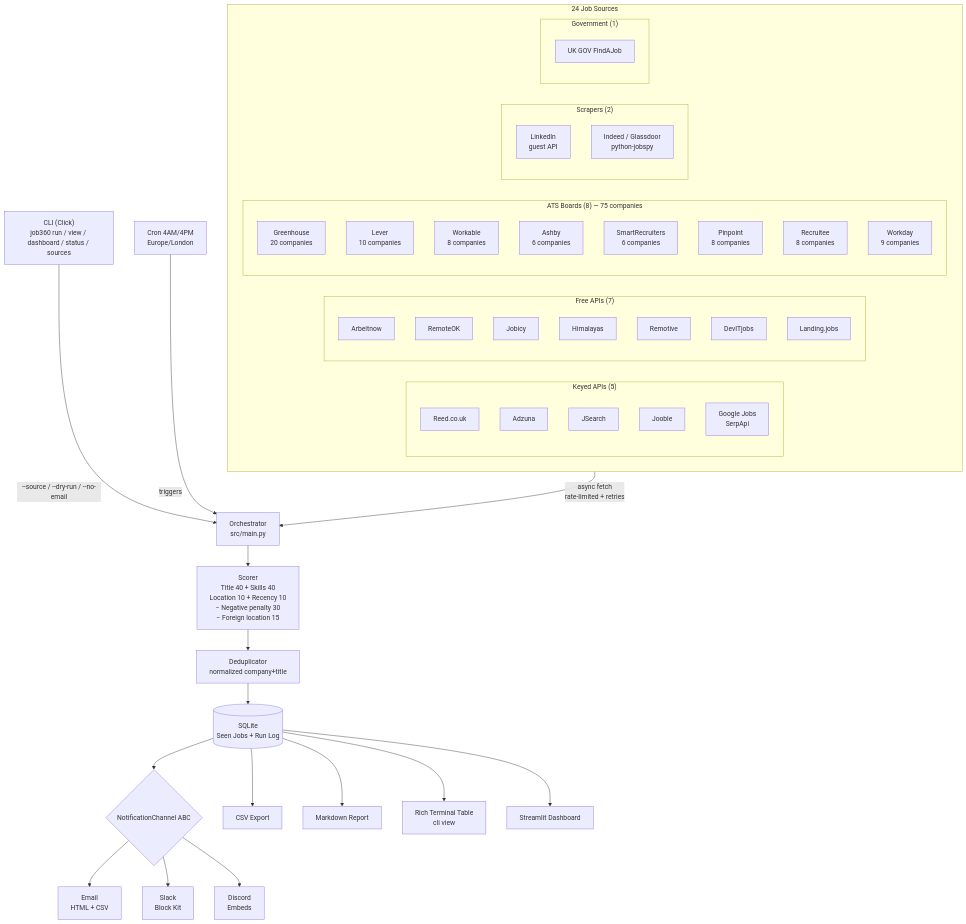
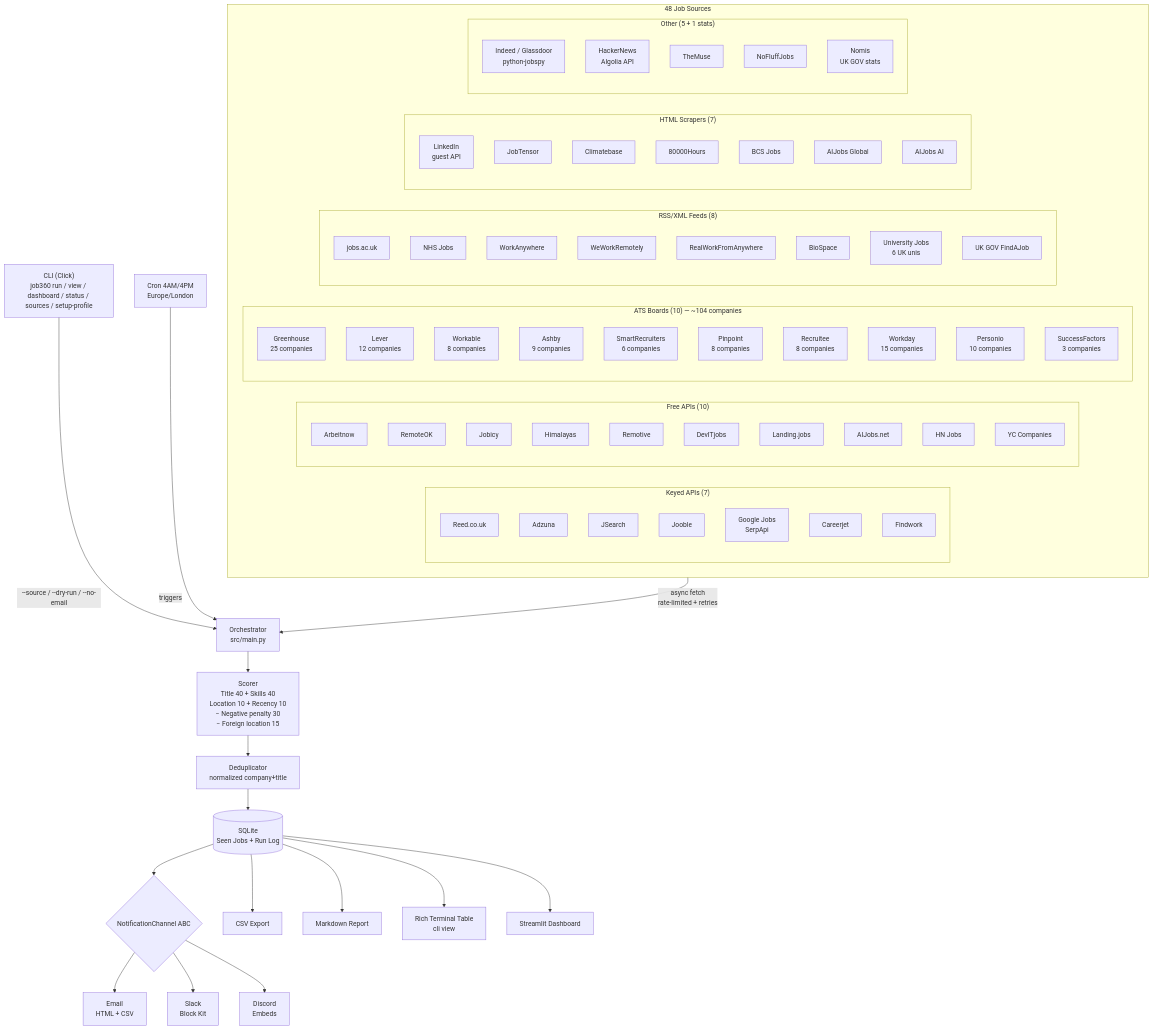
Before and after one commit to Ranjith36963/job360: the diagram in README.md, drawn with Mermaid. The commit also changed other lines of this file and 3 other files, not shown here.

````diff
--- a/README.md
+++ b/README.md
@@ -7,18 +7,20 @@
 ```mermaid
 flowchart TD
-    CLI["CLI (Click)\njob360 run / view / dashboard / status / sources"]
+    CLI["CLI (Click)\njob360 run / view / dashboard / status / sources / setup-profile"]
     Cron["Cron 4AM/4PM\nEurope/London"]
 
-    subgraph Sources["24 Job Sources"]
+    subgraph Sources["48 Job Sources"]
         direction LR
-        subgraph Keyed["Keyed APIs (5)"]
+        subgraph Keyed["Keyed APIs (7)"]
             A1[Reed.co.uk]
             A2[Adzuna]
             A3[JSearch]
             A4[Jooble]
             A5[Google Jobs\nSerpApi]
+            A6[Careerjet]
+            A7[Findwork]
         end
-        subgraph Free["Free APIs (7)"]
+        subgraph Free["Free APIs (10)"]
             B1[Arbeitnow]
             B2[RemoteOK]
             B3[Jobicy]
@@ -26,23 +28,47 @@
             B5[Remotive]
             B6[DevITjobs]
             B7[Landing.jobs]
+            B8[AIJobs.net]
+            B9[HN Jobs]
+            B10[YC Companies]
         end
-        subgraph ATS["ATS Boards (8) — 75 companies"]
-            C1[Greenhouse\n20 companies]
-            C2[Lever\n10 companies]
+        subgraph ATS["ATS Boards (10) — ~104 companies"]
+            C1[Greenhouse\n25 companies]
+            C2[Lever\n12 companies]
             C3[Workable\n8 companies]
-            C4[Ashby\n6 companies]
+            C4[Ashby\n9 companies]
             C5[SmartRecruiters\n6 companies]
             C6[Pinpoint\n8 companies]
             C7[Recruitee\n8 companies]
-            C8[Workday\n9 companies]
+            C8[Workday\n15 companies]
+            C9[Personio\n10 companies]
+            C10[SuccessFactors\n3 companies]
         end
-        subgraph Scrapers["Scrapers (2)"]
+        subgraph RSS["RSS/XML Feeds (8)"]
+            D1[jobs.ac.uk]
+            D2[NHS Jobs]
+            D3[WorkAnywhere]
+            D4[WeWorkRemotely]
+            D5[RealWorkFromAnywhere]
+            D6[BioSpace]
+            D7[University Jobs\n6 UK unis]
+            D8[UK GOV FindAJob]
+        end
+        subgraph Scrapers["HTML Scrapers (7)"]
             E1[LinkedIn\nguest API]
-            E2[Indeed / Glassdoor\npython-jobspy]
+            E2[JobTensor]
+            E3[Climatebase]
+            E4[80000Hours]
+            E5[BCS Jobs]
+            E6[AIJobs Global]
+            E7[AIJobs AI]
         end
-        subgraph Gov["Government (1)"]
-            D1[UK GOV FindAJob]
+        subgraph Other["Other (5 + 1 stats)"]
+            F1[Indeed / Glassdoor\npython-jobspy]
+            F2[HackerNews\nAlgolia API]
+            F3[TheMuse]
+            F4[NoFluffJobs]
+            F5[Nomis\nUK GOV stats]
         end
     end
 
````
